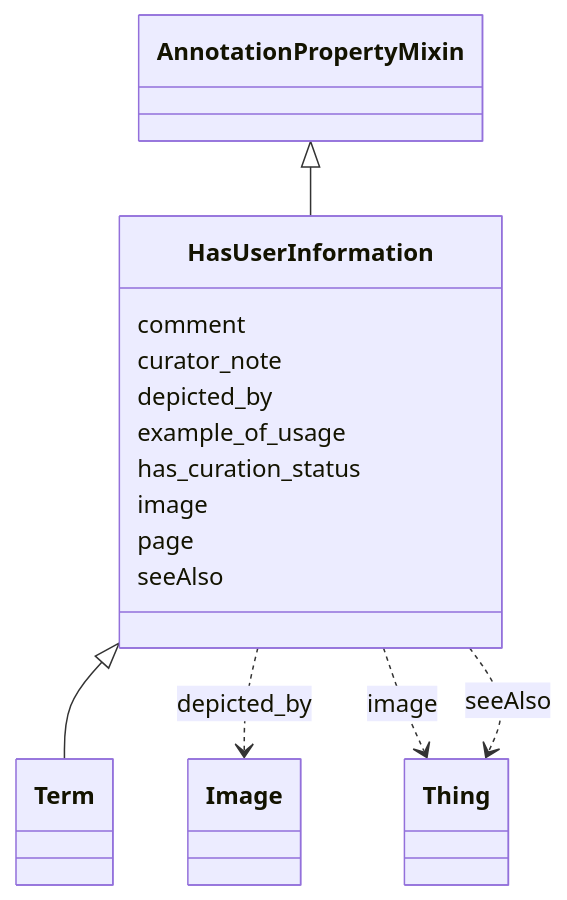
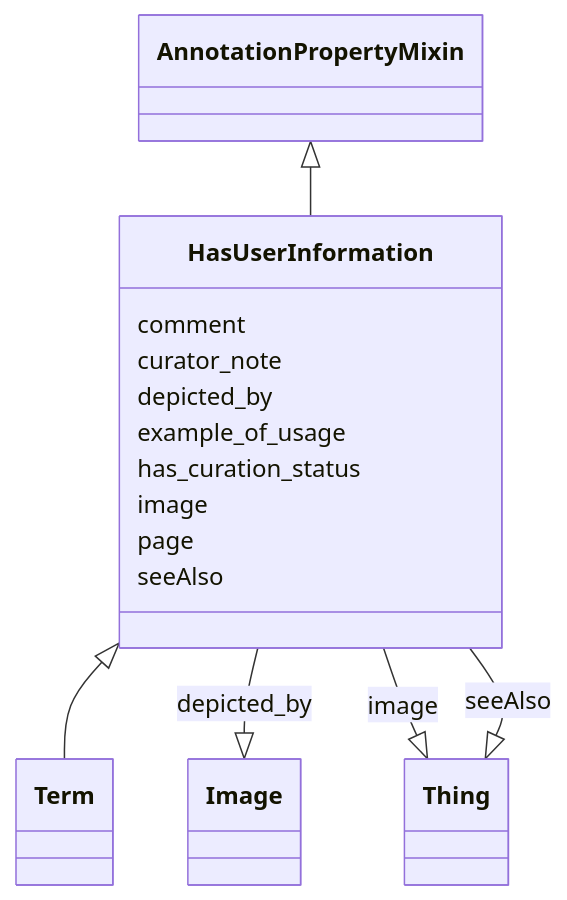
Before and after one commit to INCATools/ontology-access-kit: the diagram in ontology-metadata/HasUserInformation.md, drawn with Mermaid. The commit also changed 3011 other files, not shown here.

````diff
--- a/ontology-metadata/HasUserInformation.md
+++ b/ontology-metadata/HasUserInformation.md
@@ -9,33 +9,33 @@
 ```{mermaid}
  classDiagram
     class HasUserInformation
       AnnotationPropertyMixin <|-- HasUserInformation
       
 
       HasUserInformation <|-- Term
       
       
       HasUserInformation : comment
         
       HasUserInformation : curator_note
         
       HasUserInformation : depicted_by
         
-          HasUserInformation ..> Image : depicted_by
+          HasUserInformation --|> Image : depicted_by
         
       HasUserInformation : example_of_usage
         
       HasUserInformation : has_curation_status
         
       HasUserInformation : image
         
-          HasUserInformation ..> Thing : image
+          HasUserInformation --|> Thing : image
         
       HasUserInformation : page
         
       HasUserInformation : seeAlso
         
-          HasUserInformation ..> Thing : seeAlso
+          HasUserInformation --|> Thing : seeAlso
         
       
 ```
````
